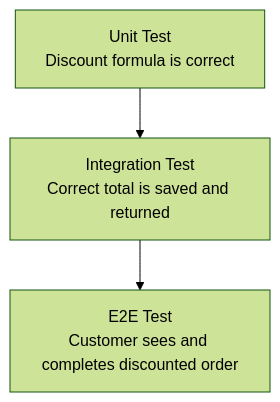
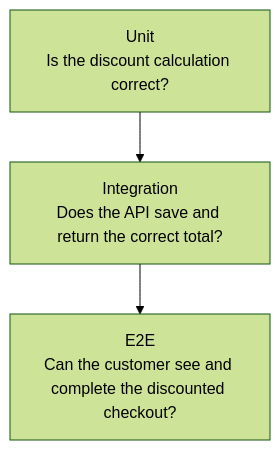
Before and after one commit to AvadhBhalodiya/Interview-Preparation: the sixth of 7 diagrams in src/content/testing/unit-integration-e2e.md, drawn with Mermaid (forest theme). The commit also changed other lines of this file and 54 other files, not shown here.

````diff
--- a/src/content/testing/unit-integration-e2e.md
+++ b/src/content/testing/unit-integration-e2e.md
@@ -671,8 +335,8 @@
 ```mermaid
 flowchart TB
-    UNIT[Unit Test<br/>Discount formula is correct]
-    INT[Integration Test<br/>Correct total is saved and returned]
-    E2E[E2E Test<br/>Customer sees and completes discounted order]
+    UNIT[Unit<br/>Is the discount calculation correct?]
+    INT[Integration<br/>Does the API save and return the correct total?]
+    E2E[E2E<br/>Can the customer see and complete the discounted checkout?]
 
     UNIT --> INT --> E2E
 ```
````
